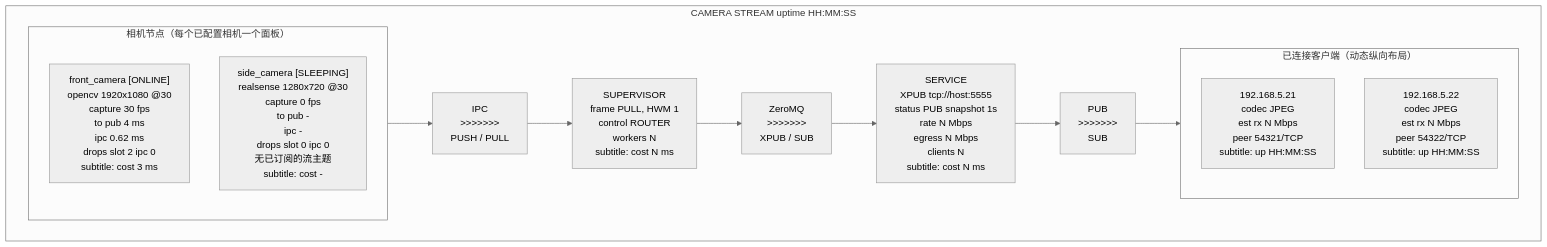
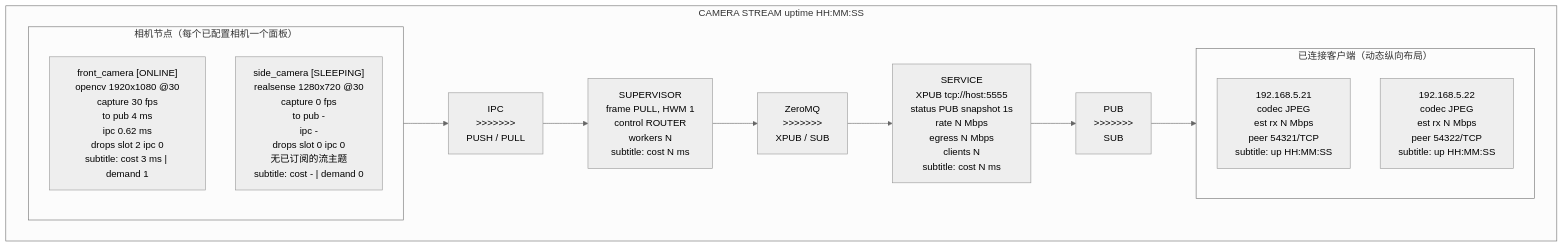
One commit to sorelferris/camera-stream changed the third of 3 diagrams in README.zh.md. Above: the diagram before and after it, drawn with Mermaid (neutral theme). The commit also changed other lines of this file and 8 other files, not shown here.

````diff
--- a/README.zh.md
+++ b/README.zh.md
@@ -313,26 +313,26 @@
 ```mermaid
 flowchart LR
     subgraph Screen["CAMERA STREAM                                      uptime HH:MM:SS"]
         direction LR
 
         subgraph Cameras["相机节点（每个已配置相机一个面板）"]
             direction TB
-            Cam1["front_camera [ONLINE]<br/>opencv 1920x1080 @30<br/>capture 30 fps<br/>to pub 4 ms<br/>ipc 0.62 ms<br/>drops slot 2 ipc 0<br/>subtitle: cost 3 ms"]
-            Cam2["side_camera [SLEEPING]<br/>realsense 1280x720 @30<br/>capture 0 fps<br/>to pub -<br/>ipc -<br/>drops slot 0 ipc 0<br/>无已订阅的流主题<br/>subtitle: cost -"]
+            Cam1["front_camera [ONLINE]<br/>opencv 1920x1080 @30<br/>capture 30 fps<br/>to pub 4 ms<br/>ipc 0.62 ms<br/>drops slot 2 ipc 0<br/>subtitle: cost 3 ms | demand 1"]
+            Cam2["side_camera [SLEEPING]<br/>realsense 1280x720 @30<br/>capture 0 fps<br/>to pub -<br/>ipc -<br/>drops slot 0 ipc 0<br/>无已订阅的流主题<br/>subtitle: cost - | demand 0"]
         end
 
         Ipc["IPC<br/>>>>>>>><br/>PUSH / PULL"]
         Supervisor["SUPERVISOR<br/>frame PULL, HWM 1<br/>control ROUTER<br/>workers N<br/>subtitle: cost N ms"]
         Zmq["ZeroMQ<br/>>>>>>>><br/>XPUB / SUB"]
         Service["SERVICE<br/>XPUB tcp://host:5555<br/>status PUB snapshot 1s<br/>rate N Mbps<br/>egress N Mbps<br/>clients N<br/>subtitle: cost N ms"]
         Pub["PUB<br/>>>>>>>><br/>SUB"]
 
         subgraph Clients["已连接客户端（动态纵向布局）"]
             direction TB
             Client1["192.168.5.21<br/>codec JPEG<br/>est rx N Mbps<br/>peer 54321/TCP<br/>subtitle: up HH:MM:SS"]
             Client2["192.168.5.22<br/>codec JPEG<br/>est rx N Mbps<br/>peer 54322/TCP<br/>subtitle: up HH:MM:SS"]
         end
 
         Cameras --> Ipc --> Supervisor --> Zmq --> Service --> Pub --> Clients
     end
 ```
````
